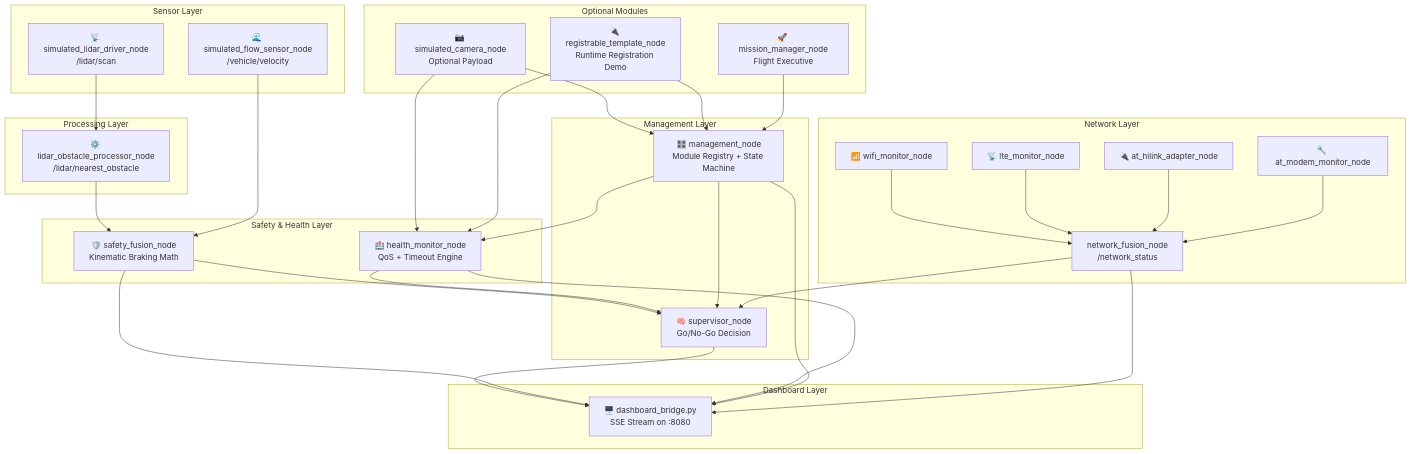
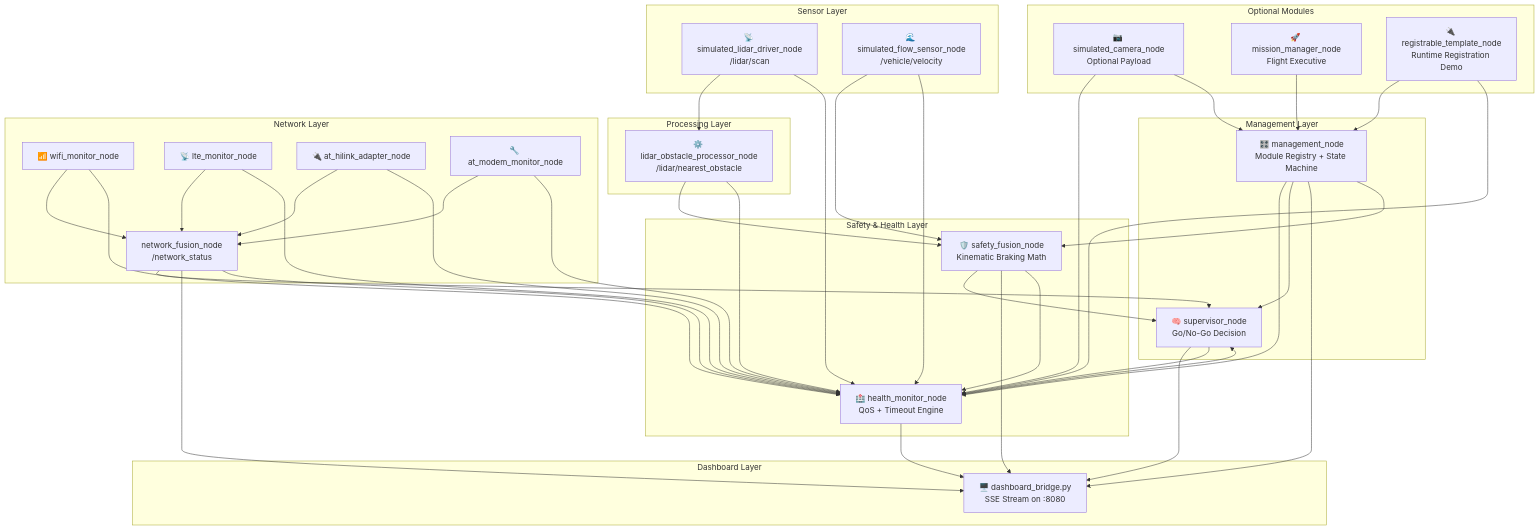
The first of 2 diagrams in README.md (NILAMATHI1999/drone-health-modular-framework), drawn with Mermaid before and after one commit.

Commit message:
Update README with missing arrows in diagram
Added missing arrows to the diagram for clarity.

````diff
--- a/README.md
+++ b/README.md
@@ -13,62 +13,76 @@
 ```mermaid
 graph TD
     subgraph Sensors ["Sensor Layer"]
         LIDAR["📡 simulated_lidar_driver_node<br/>/lidar/scan"]
         FLOW["🌊 simulated_flow_sensor_node<br/>/vehicle/velocity"]
     end
 
     subgraph Processing ["Processing Layer"]
         LPROC["⚙️ lidar_obstacle_processor_node<br/>/lidar/nearest_obstacle"]
     end
 
     subgraph Safety ["Safety & Health Layer"]
         SF["🛡️ safety_fusion_node<br/>Kinematic Braking Math"]
         HM["🏥 health_monitor_node<br/>QoS + Timeout Engine"]
     end
 
     subgraph Management ["Management Layer"]
         MN["🎛️ management_node<br/>Module Registry + State Machine"]
         SV["🧠 supervisor_node<br/>Go/No-Go Decision"]
     end
 
     subgraph Optional ["Optional Modules"]
         CAM["📷 simulated_camera_node<br/>Optional Payload"]
         MM["🚀 mission_manager_node<br/>Flight Executive"]
         TEMPLATE["🔌 registrable_template_node<br/>Runtime Registration Demo"]
     end
 
     subgraph Network ["Network Layer"]
         WIFI["📶 wifi_monitor_node"]
         LTE["📡 lte_monitor_node"]
         HILINK["🔌 at_hilink_adapter_node"]
         MODEM["🔧 at_modem_monitor_node"]
         NF["network_fusion_node<br/>/network_status"]
     end
 
     subgraph Dashboard ["Dashboard Layer"]
         DASH["🖥️ dashboard_bridge.py<br/>SSE Stream on :8080"]
     end
 
+    %% Original correct arrows
     LIDAR --> LPROC
     LPROC --> SF
     FLOW --> SF
     SF --> SV
     HM --> SV
     MN --> HM
     MN --> SV
     NF --> SV
     CAM --> HM
     CAM --> MN
     TEMPLATE --> MN
     TEMPLATE --> HM
     MM --> MN
     WIFI --> NF
     LTE --> NF
     HILINK --> NF
     MODEM --> NF
     SV --> DASH
     SF --> DASH
     HM --> DASH
     MN --> DASH
     NF --> DASH
+
+    %% Missing arrows added
+    MN --> SF
+    LIDAR --> HM
+    FLOW --> HM
+    LPROC --> HM
+    SF --> HM
+    SV --> HM
+    NF --> HM
+    WIFI --> HM
+    LTE --> HM
+    HILINK --> HM
+    MODEM --> HM
 ```
````
